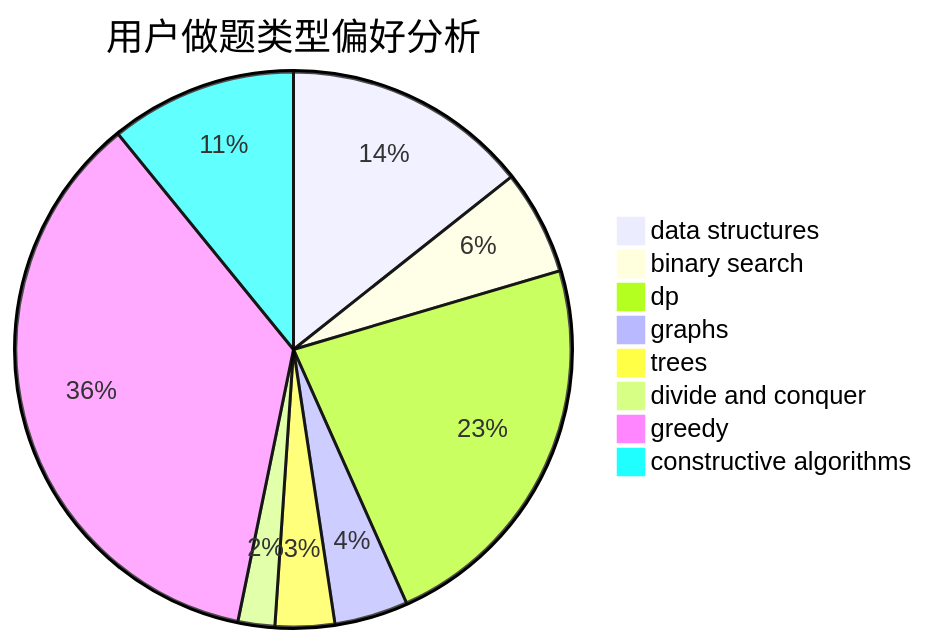
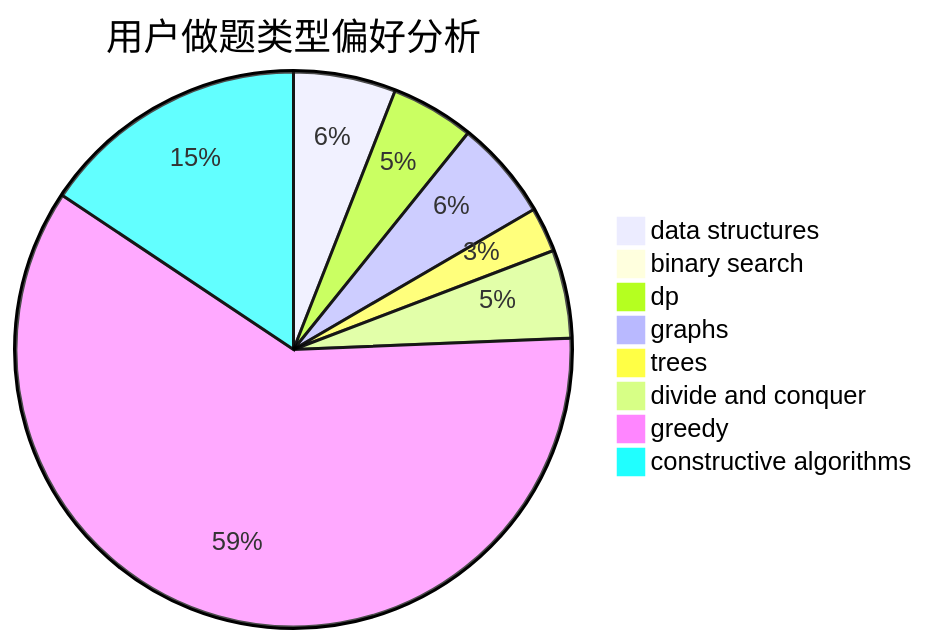
The second of 3 diagrams in docs/user/u620.md (sherpahu/cfrs.github.io), drawn with Mermaid before and after one commit. The commit also changed other lines of this file and 2770 other files, not shown here.

````diff
--- a/docs/user/u620.md
+++ b/docs/user/u620.md
@@ -23,11 +23,11 @@
 ```mermaid
 pie title 用户做题类型偏好分析
-    "data structures" :  87
-    "binary search" :  37
-    "dp" :  139
-    "graphs" :  26
-    "trees" :  21
-    "divide and conquer" :  13
-    "greedy" :  218
-    "constructive algorithms" :  66
+    "data structures" :  80
+    "binary search" :  13
+    "dp" :  65
+    "graphs" :  78
+    "trees" :  35
+    "divide and conquer" :  69
+    "greedy" :  806
+    "constructive algorithms" :  210
 ```
````
